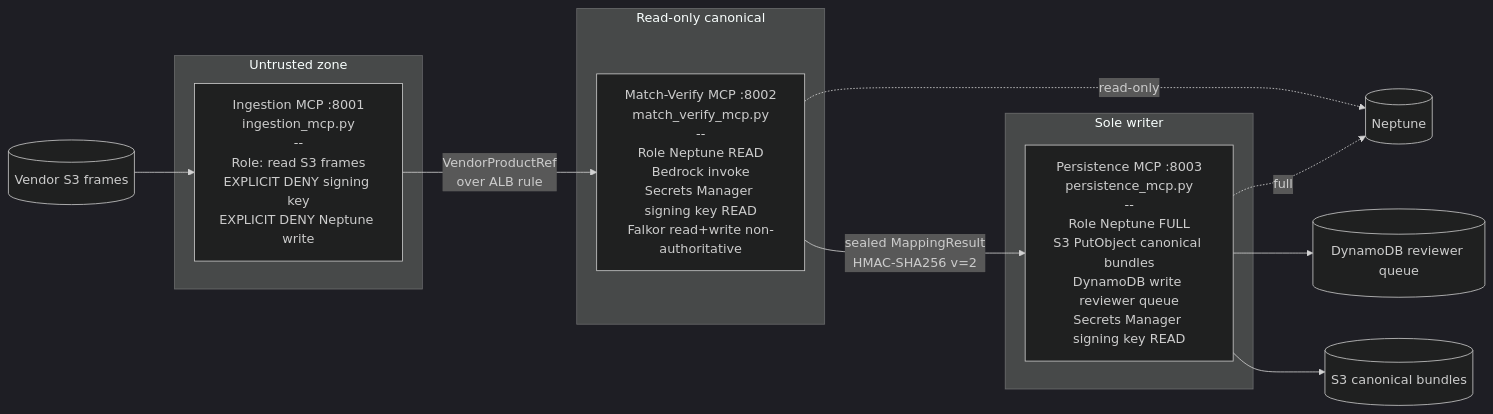
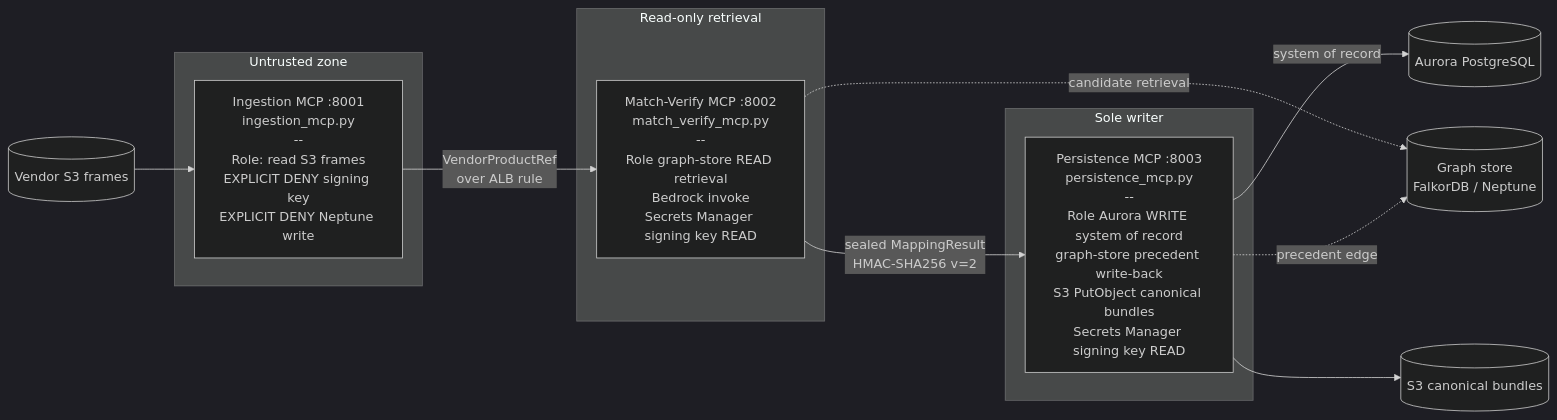
The third of 5 diagrams in docs/okf/scudo/architecture/overview.md (2096955/MatchMaker), drawn with Mermaid (dark theme) before and after one commit. The commit also changed other lines of this file and 44 other files, not shown here.

````diff
--- a/docs/okf/scudo/architecture/overview.md
+++ b/docs/okf/scudo/architecture/overview.md
@@ -120,22 +264,22 @@
 ```mermaid
 flowchart LR
     subgraph untrusted[" Untrusted zone "]
         ing[Ingestion MCP :8001<br/>ingestion_mcp.py<br/>--<br/>Role: read S3 frames<br/>EXPLICIT DENY signing key<br/>EXPLICIT DENY Neptune write]
     end
 
-    subgraph readonly[" Read-only canonical "]
-        mv[Match-Verify MCP :8002<br/>match_verify_mcp.py<br/>--<br/>Role Neptune READ<br/>Bedrock invoke<br/>Secrets Manager signing key READ<br/>Falkor read+write non-authoritative]
+    subgraph readonly[" Read-only retrieval "]
+        mv[Match-Verify MCP :8002<br/>match_verify_mcp.py<br/>--<br/>Role graph-store READ retrieval<br/>Bedrock invoke<br/>Secrets Manager signing key READ]
     end
 
     subgraph writer[" Sole writer "]
-        per[Persistence MCP :8003<br/>persistence_mcp.py<br/>--<br/>Role Neptune FULL<br/>S3 PutObject canonical bundles<br/>DynamoDB write reviewer queue<br/>Secrets Manager signing key READ]
+        per[Persistence MCP :8003<br/>persistence_mcp.py<br/>--<br/>Role Aurora WRITE system of record<br/>graph-store precedent write-back<br/>S3 PutObject canonical bundles<br/>Secrets Manager signing key READ]
     end
 
     vendor[(Vendor S3 frames)] --> ing
     ing -->|VendorProductRef<br/>over ALB rule| mv
     mv -->|sealed MappingResult<br/>HMAC-SHA256 v=2| per
-    mv -.read-only.-> nep[(Neptune)]
-    per -.full.-> nep
-    per --> ddb[(DynamoDB reviewer queue)]
+    mv -.candidate retrieval.-> graphdb[(Graph store<br/>FalkorDB / Neptune)]
+    per -->|system of record| aur[(Aurora PostgreSQL)]
+    per -.precedent edge.-> graphdb
     per --> s3b[(S3 canonical bundles)]
 ```
````
